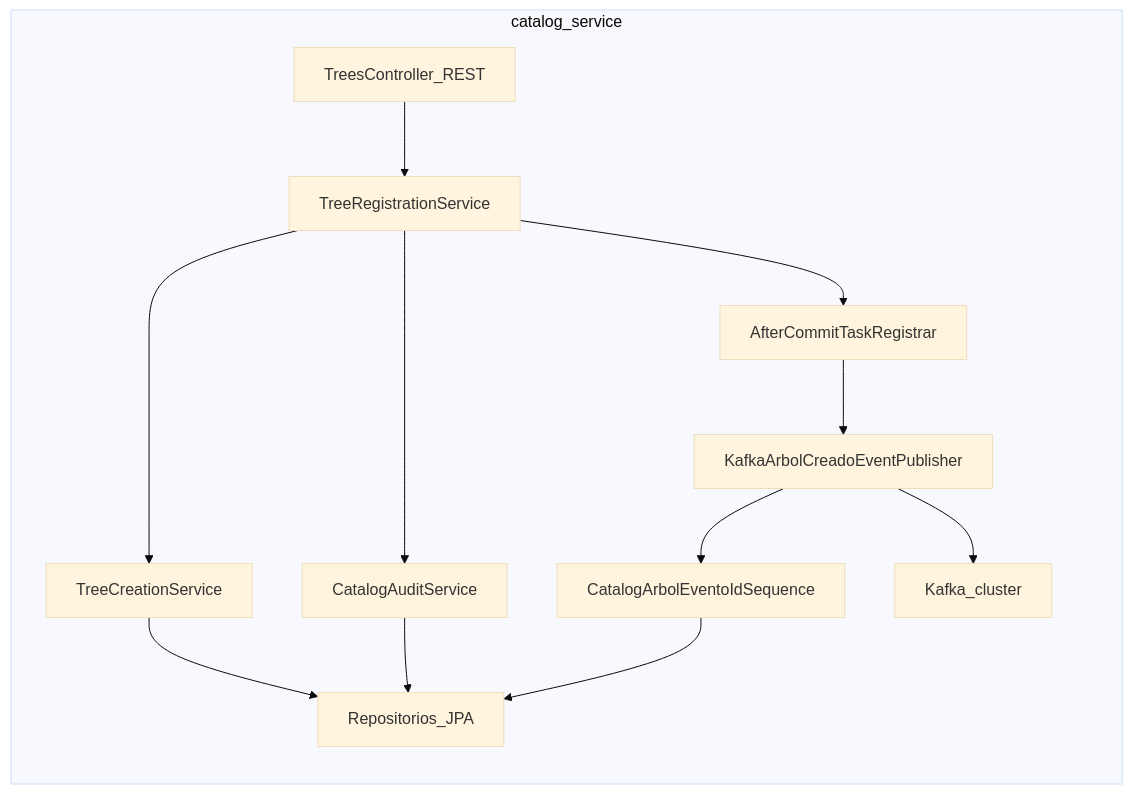
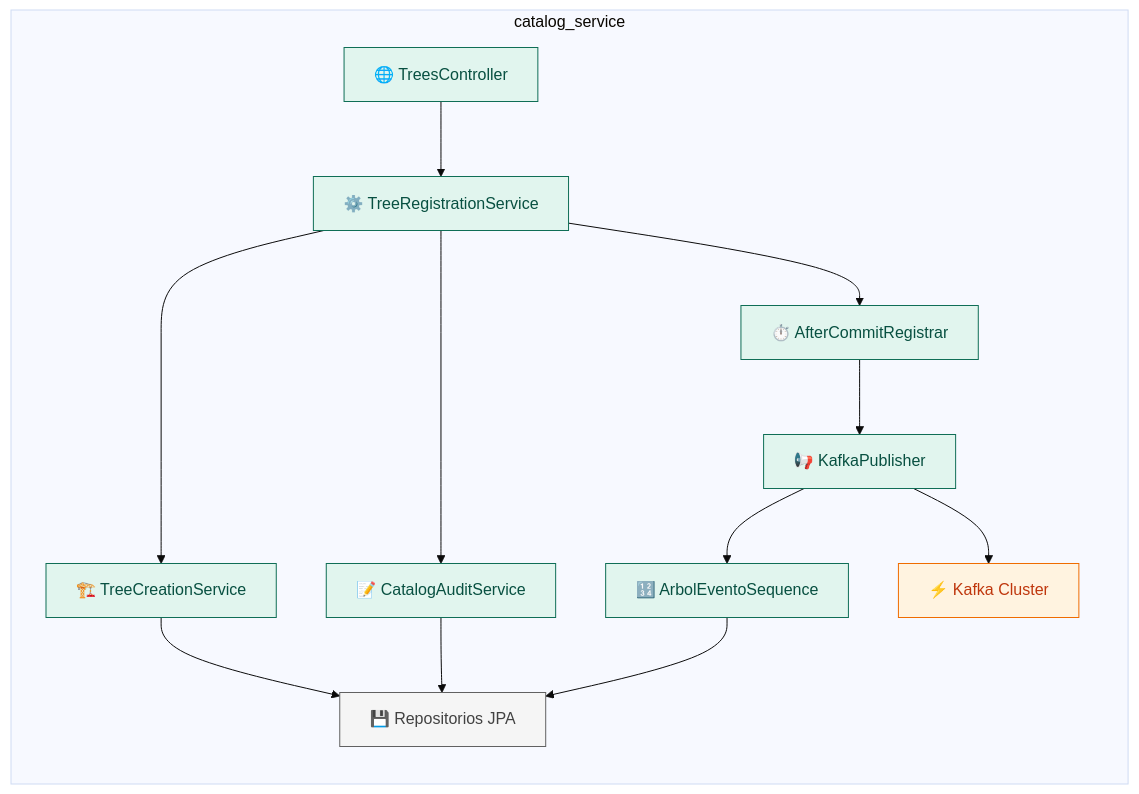
The ninth of 18 diagrams in readme.md (LIDR-academy/AI4Devs-finalproject), drawn with Mermaid (base theme) before and after one commit. The commit also changed other lines of this file, not shown here.

Commit message:
Mejoras diseño diagramas mermadi

````diff
--- a/readme.md
+++ b/readme.md
@@ -507,24 +520,37 @@
 ```mermaid
 flowchart TB
-  subgraph catalogSvc [catalog_service]
-    direction TB
-    TreesCtrl[TreesController_REST]
-    TreeReg[TreeRegistrationService]
-    TreeCre[TreeCreationService]
-    CatAud[CatalogAuditService]
-    AfterCommit[AfterCommitTaskRegistrar]
-    KafkaPub[KafkaArbolCreadoEventPublisher]
-    EventoSeq[CatalogArbolEventoIdSequence]
-    JpaRepos[Repositorios_JPA]
-    TreesCtrl --> TreeReg
-    TreeReg --> TreeCre
-    TreeReg --> CatAud
-    TreeReg --> AfterCommit
-    AfterCommit --> KafkaPub
-    KafkaPub --> EventoSeq
-    KafkaPub --> KafkaBroker[Kafka_cluster]
-    TreeCre --> JpaRepos
-    CatAud --> JpaRepos
-    EventoSeq --> JpaRepos
-  end
+    %% --- Estilos Consistentes ---
+    classDef service fill:#E1F5EE,stroke:#0F6E56,stroke-width:1px,color:#085041;
+    classDef repo fill:#F5F5F5,stroke:#616161,stroke-width:1px,color:#424242;
+    classDef infra fill:#FFF3E0,stroke:#EF6C00,stroke-width:1px,color:#BF360C;
+
+    subgraph catalogSvc [catalog_service]
+        direction TB
+        %% Componentes Logicos
+        TreesCtrl["🌐 TreesController"]:::service
+        TreeReg["⚙️ TreeRegistrationService"]:::service
+        TreeCre["🏗️ TreeCreationService"]:::service
+        CatAud["📝 CatalogAuditService"]:::service
+        AfterCommit["⏱️ AfterCommitRegistrar"]:::service
+        KafkaPub["📢 KafkaPublisher"]:::service
+        EventoSeq["🔢 ArbolEventoSequence"]:::service
+        
+        %% Componentes de Infraestructura / Datos
+        JpaRepos["💾 Repositorios JPA"]:::repo
+        KafkaBroker["⚡ Kafka Cluster"]:::infra
+
+        %% Flujo de ejecución
+        TreesCtrl --> TreeReg
+        TreeReg --> TreeCre
+        TreeReg --> CatAud
+        TreeReg --> AfterCommit
+        AfterCommit --> KafkaPub
+        KafkaPub --> EventoSeq
+        KafkaPub --> KafkaBroker
+        
+        %% Flujo de persistencia
+        TreeCre --> JpaRepos
+        CatAud --> JpaRepos
+        EventoSeq --> JpaRepos
+    end
 ```
````
